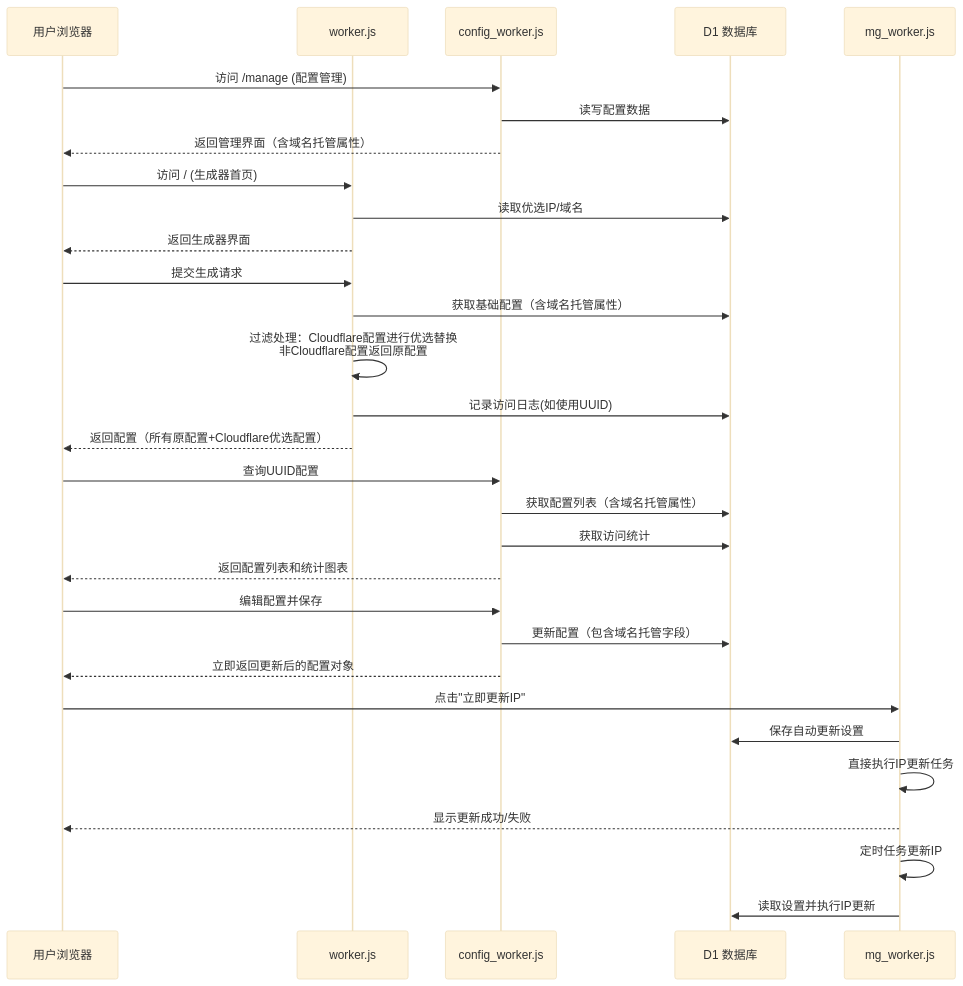
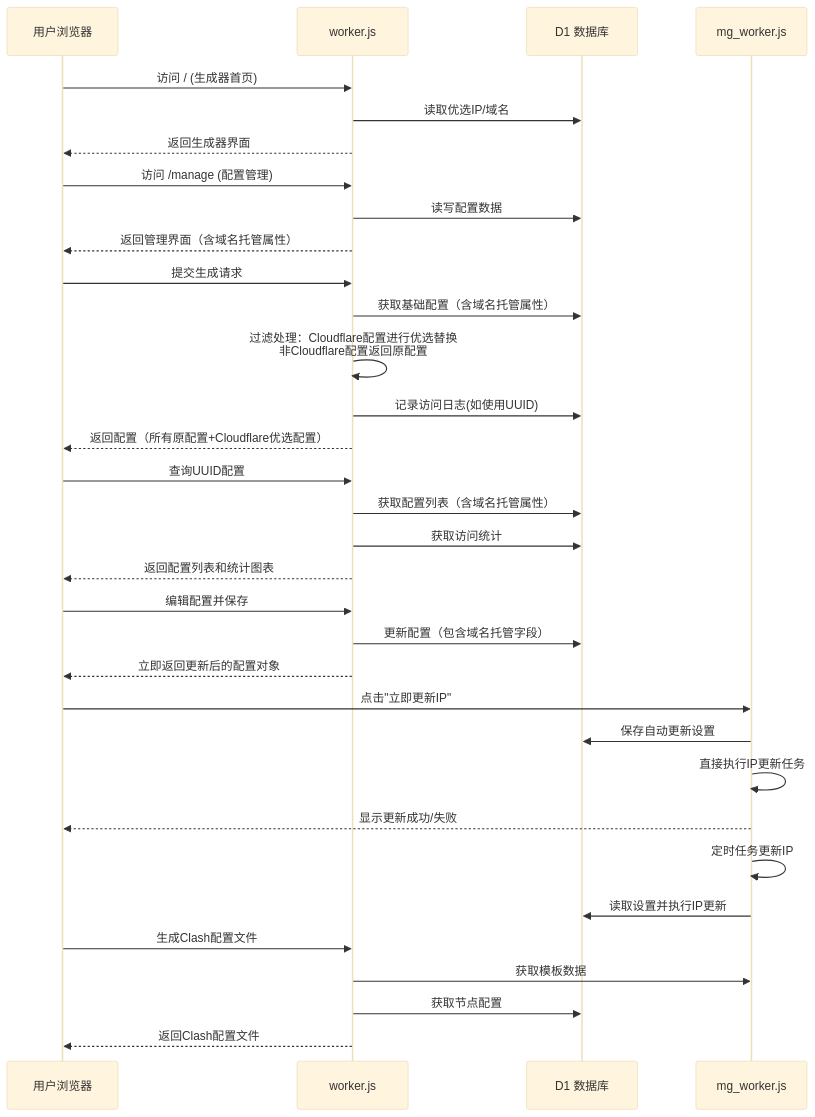
The first of 2 diagrams in readme.md (yangzifun/proxypilot), drawn with Mermaid (base theme) before and after one commit. The commit also changed other lines of this file and 1 other file, not shown here.

````diff
--- a/readme.md
+++ b/readme.md
@@ -280,39 +284,43 @@
 ```mermaid
 sequenceDiagram
     participant User as 用户浏览器
     participant Main as worker.js
-    participant Config as config_worker.js
     participant DB as D1 数据库
     participant Mg as mg_worker.js
-
-    User->>Config: 访问 /manage (配置管理)
-    Config->>DB: 读写配置数据
-    Config-->>User: 返回管理界面（含域名托管属性）
 
     User->>Main: 访问 / (生成器首页)
     Main->>DB: 读取优选IP/域名
     Main-->>User: 返回生成器界面
+
+    User->>Main: 访问 /manage (配置管理)
+    Main->>DB: 读写配置数据
+    Main-->>User: 返回管理界面（含域名托管属性）
 
     User->>Main: 提交生成请求
     Main->>DB: 获取基础配置（含域名托管属性）
     Main->>Main: 过滤处理：Cloudflare配置进行优选替换<br/>非Cloudflare配置返回原配置
     Main->>DB: 记录访问日志(如使用UUID)
     Main-->>User: 返回配置（所有原配置+Cloudflare优选配置）
 
-    User->>Config: 查询UUID配置
-    Config->>DB: 获取配置列表（含域名托管属性）
-    Config->>DB: 获取访问统计
-    Config-->>User: 返回配置列表和统计图表
+    User->>Main: 查询UUID配置
+    Main->>DB: 获取配置列表（含域名托管属性）
+    Main->>DB: 获取访问统计
+    Main-->>User: 返回配置列表和统计图表
 
-    User->>Config: 编辑配置并保存
-    Config->>DB: 更新配置（包含域名托管字段）
-    Config-->>User: 立即返回更新后的配置对象
+    User->>Main: 编辑配置并保存
+    Main->>DB: 更新配置（包含域名托管字段）
+    Main-->>User: 立即返回更新后的配置对象
 
     User->>Mg: 点击"立即更新IP"
     Mg->>DB: 保存自动更新设置
     Mg->>Mg: 直接执行IP更新任务
     Mg-->>User: 显示更新成功/失败
 
     Mg->>Mg: 定时任务更新IP
     Mg->>DB: 读取设置并执行IP更新
+
+    User->>Main: 生成Clash配置文件
+    Main->>Mg: 获取模板数据
+    Main->>DB: 获取节点配置
+    Main-->>User: 返回Clash配置文件
 ```
````
